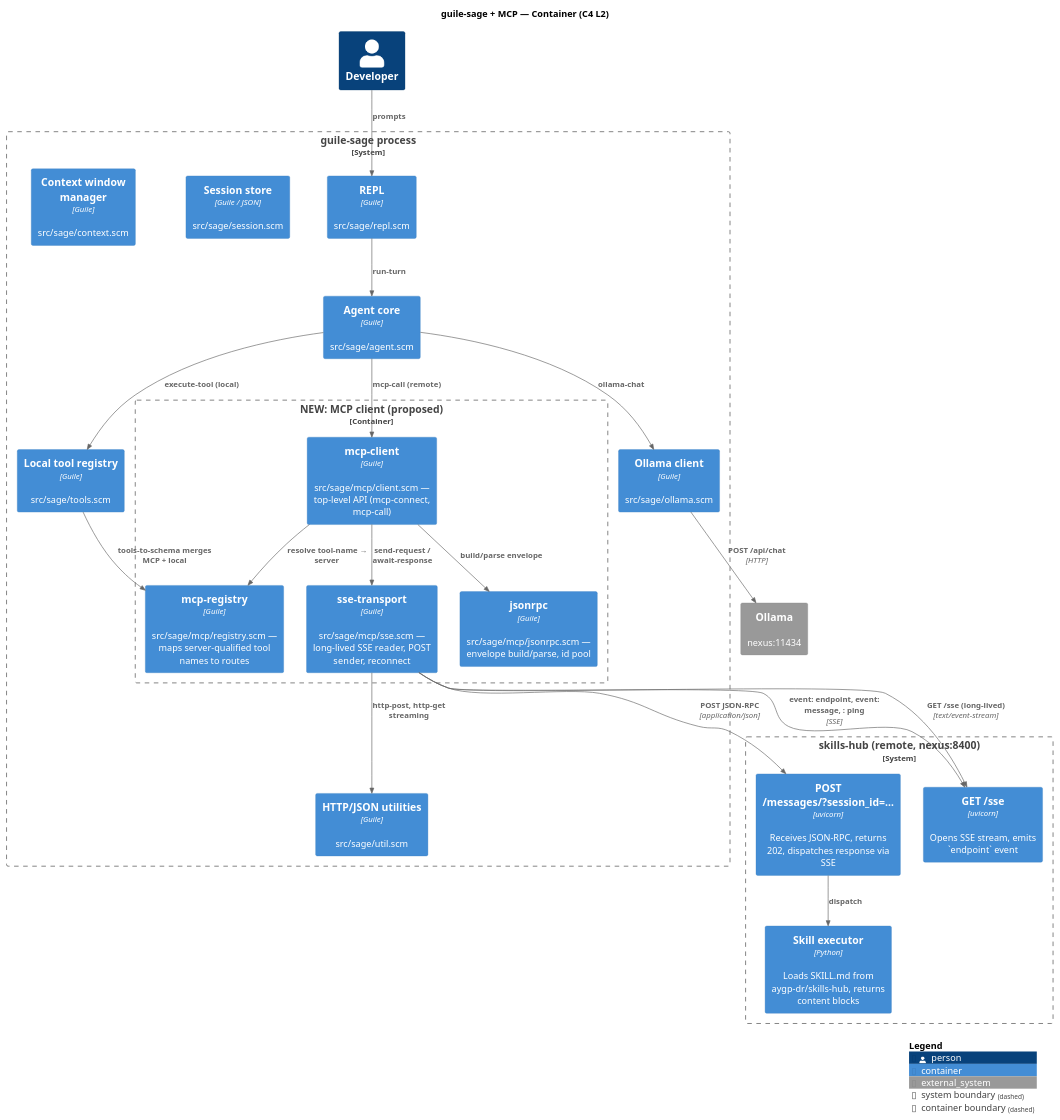
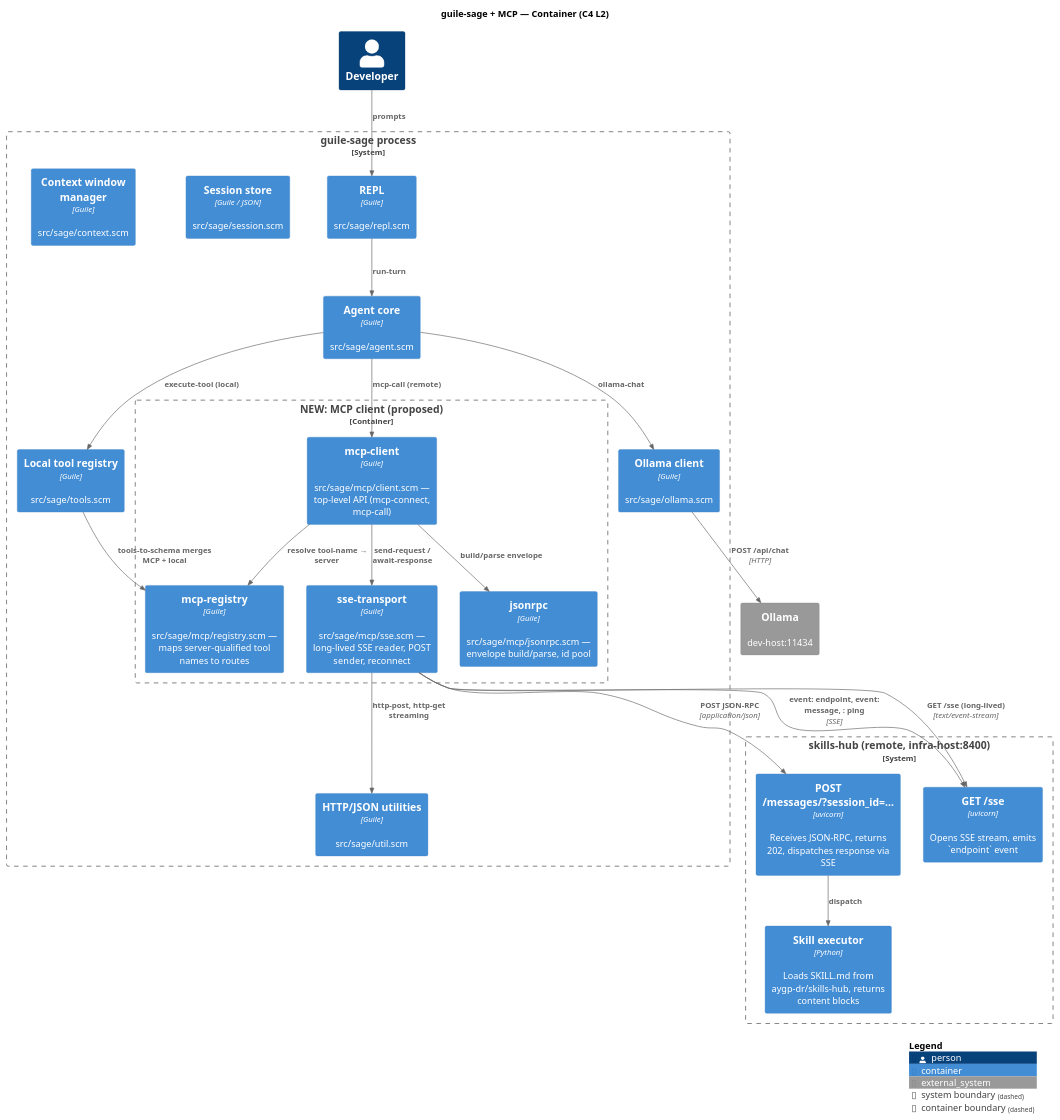
One commit to dsp-dr/guile-sage changed the second of 9 diagrams in docs/MCP-CONTRACT.org. Above: the diagram before and after it, drawn with PlantUML. The commit also changed other lines of this file and 21 other files, not shown here.

```diff
--- a/docs/MCP-CONTRACT.org
+++ b/docs/MCP-CONTRACT.org
@@ -75,52 +75,52 @@
 #+BEGIN_SRC plantuml :file images/mcp-c4-l2.png
 @startuml mcp-c4-l2
 !include https://raw.githubusercontent.com/plantuml-stdlib/C4-PlantUML/master/C4_Container.puml
 
 title guile-sage + MCP — Container (C4 L2)
 
 Person(user, "Developer")
 
 System_Boundary(sage, "guile-sage process") {
   Container(repl,      "REPL",         "Guile", "src/sage/repl.scm")
   Container(agent,     "Agent core",   "Guile", "src/sage/agent.scm")
   Container(ollama_mod,"Ollama client","Guile", "src/sage/ollama.scm")
   Container(tools_mod, "Local tool registry", "Guile", "src/sage/tools.scm")
   Container(util,      "HTTP/JSON utilities", "Guile", "src/sage/util.scm")
   Container(session,   "Session store", "Guile / JSON", "src/sage/session.scm")
   Container(context,   "Context window manager", "Guile", "src/sage/context.scm")
 
   Container_Boundary(mcp_client_boundary, "NEW: MCP client (proposed)") {
     Container(mcp_client,    "mcp-client",      "Guile", "src/sage/mcp/client.scm — top-level API (mcp-connect, mcp-call)")
     Container(mcp_jsonrpc,   "jsonrpc",         "Guile", "src/sage/mcp/jsonrpc.scm — envelope build/parse, id pool")
     Container(mcp_transport, "sse-transport",   "Guile", "src/sage/mcp/sse.scm — long-lived SSE reader, POST sender, reconnect")
     Container(mcp_registry,  "mcp-registry",    "Guile", "src/sage/mcp/registry.scm — maps server-qualified tool names to routes")
   }
 }
 
-System_Ext(ollama, "Ollama", "nexus:11434")
+System_Ext(ollama, "Ollama", "dev-host:11434")
 
-System_Boundary(skills_hub, "skills-hub (remote, nexus:8400)") {
+System_Boundary(skills_hub, "skills-hub (remote, infra-host:8400)") {
   Container(sse_endpoint, "GET /sse",        "uvicorn", "Opens SSE stream, emits `endpoint` event")
   Container(msg_endpoint, "POST /messages/?session_id=…", "uvicorn", "Receives JSON-RPC, returns 202, dispatches response via SSE")
   Container(skill_impl,   "Skill executor",  "Python", "Loads SKILL.md from aygp-dr/skills-hub, returns content blocks")
 }
 
 Rel(user, repl, "prompts")
 Rel(repl, agent, "run-turn")
 Rel(agent, ollama_mod, "ollama-chat")
 Rel(ollama_mod, ollama, "POST /api/chat", "HTTP")
 Rel(agent, tools_mod, "execute-tool (local)")
 Rel(agent, mcp_client, "mcp-call (remote)")
 Rel(mcp_client, mcp_jsonrpc, "build/parse envelope")
 Rel(mcp_client, mcp_transport, "send-request / await-response")
 Rel(mcp_transport, util, "http-post, http-get streaming")
 Rel(mcp_transport, sse_endpoint, "GET /sse (long-lived)", "text/event-stream")
 Rel(mcp_transport, msg_endpoint, "POST JSON-RPC", "application/json")
 Rel_Back(sse_endpoint, mcp_transport, "event: endpoint, event: message, : ping", "SSE")
 Rel(msg_endpoint, skill_impl, "dispatch")
 Rel(mcp_client, mcp_registry, "resolve tool-name → server")
 Rel(tools_mod, mcp_registry, "tools-to-schema merges MCP + local")
 
 SHOW_LEGEND()
 @enduml
 #+END_SRC
```
